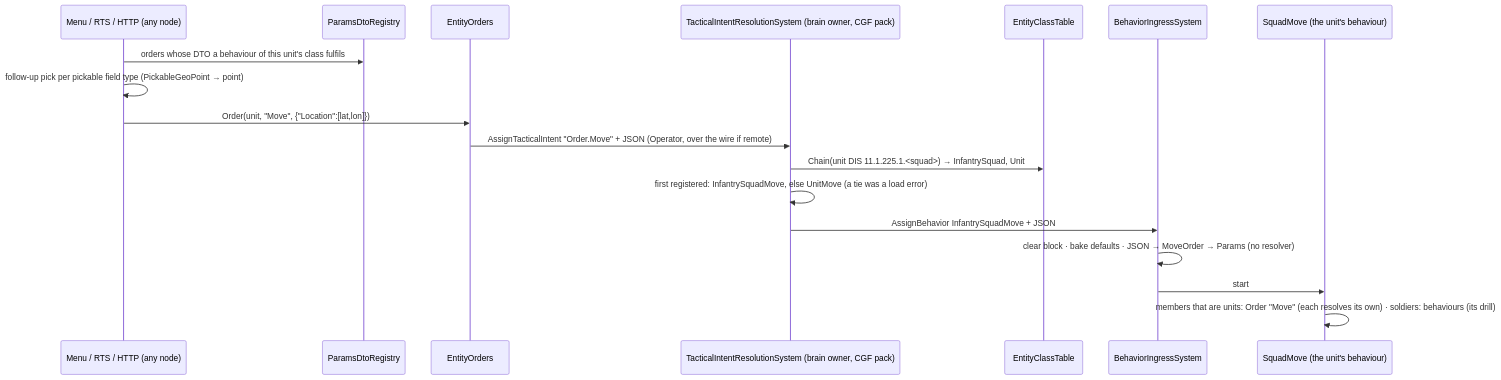
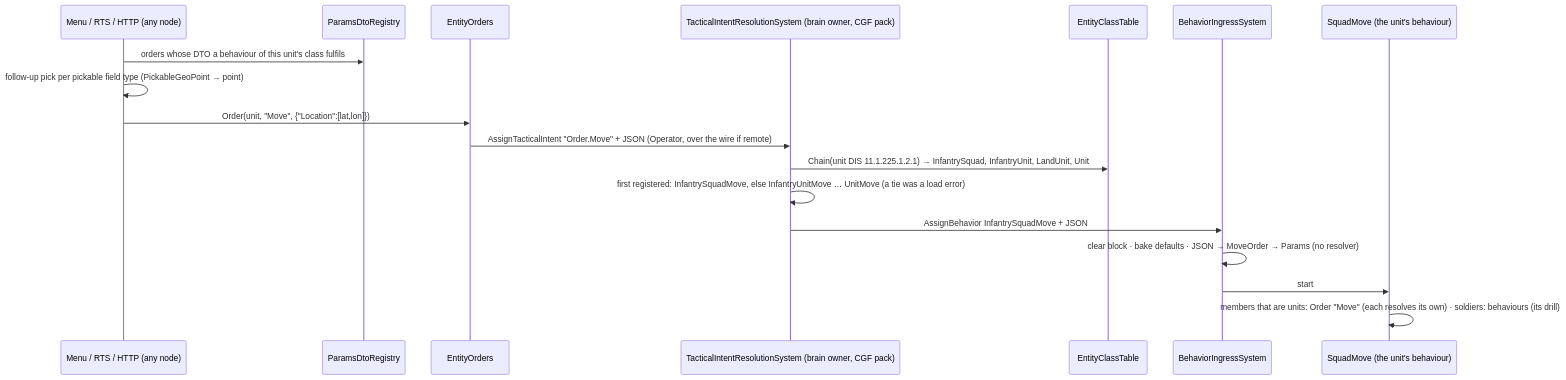
One commit to pjanec/HROT changed the second of 5 diagrams in docs/DESIGN_Orders_Params_Entity_Classes.md. Above: the diagram before and after it, drawn with Mermaid. The commit also changed other lines of this file and 15 other files, not shown here.

````diff
--- a/docs/DESIGN_Orders_Params_Entity_Classes.md
+++ b/docs/DESIGN_Orders_Params_Entity_Classes.md
@@ -112,20 +114,20 @@
 ```mermaid
 sequenceDiagram
   participant UI as Menu / RTS / HTTP (any node)
   participant REG as ParamsDtoRegistry
   participant EO as EntityOrders
   participant TIR as TacticalIntentResolutionSystem (brain owner, CGF pack)
   participant CT as EntityClassTable
   participant ING as BehaviorIngressSystem
   participant SM as SquadMove (the unit's behaviour)
   UI->>REG: orders whose DTO a behaviour of this unit's class fulfils
   UI->>UI: follow-up pick per pickable field type (PickableGeoPoint → point)
   UI->>EO: Order(unit, "Move", {"Location":[lat,lon]})
   EO->>TIR: AssignTacticalIntent "Order.Move" + JSON (Operator, over the wire if remote)
-  TIR->>CT: Chain(unit DIS 11.1.225.1.<squad>) → InfantrySquad, Unit
-  TIR->>TIR: first registered: InfantrySquadMove, else UnitMove (a tie was a load error)
+  TIR->>CT: Chain(unit DIS 11.1.225.1.2.1) → InfantrySquad, InfantryUnit, LandUnit, Unit
+  TIR->>TIR: first registered: InfantrySquadMove, else InfantryUnitMove … UnitMove (a tie was a load error)
   TIR->>ING: AssignBehavior InfantrySquadMove + JSON
   ING->>ING: clear block · bake defaults · JSON → MoveOrder → Params (no resolver)
   ING->>SM: start
   SM->>SM: members that are units: Order "Move" (each resolves its own) · soldiers: behaviours (its drill)
 ```
````
